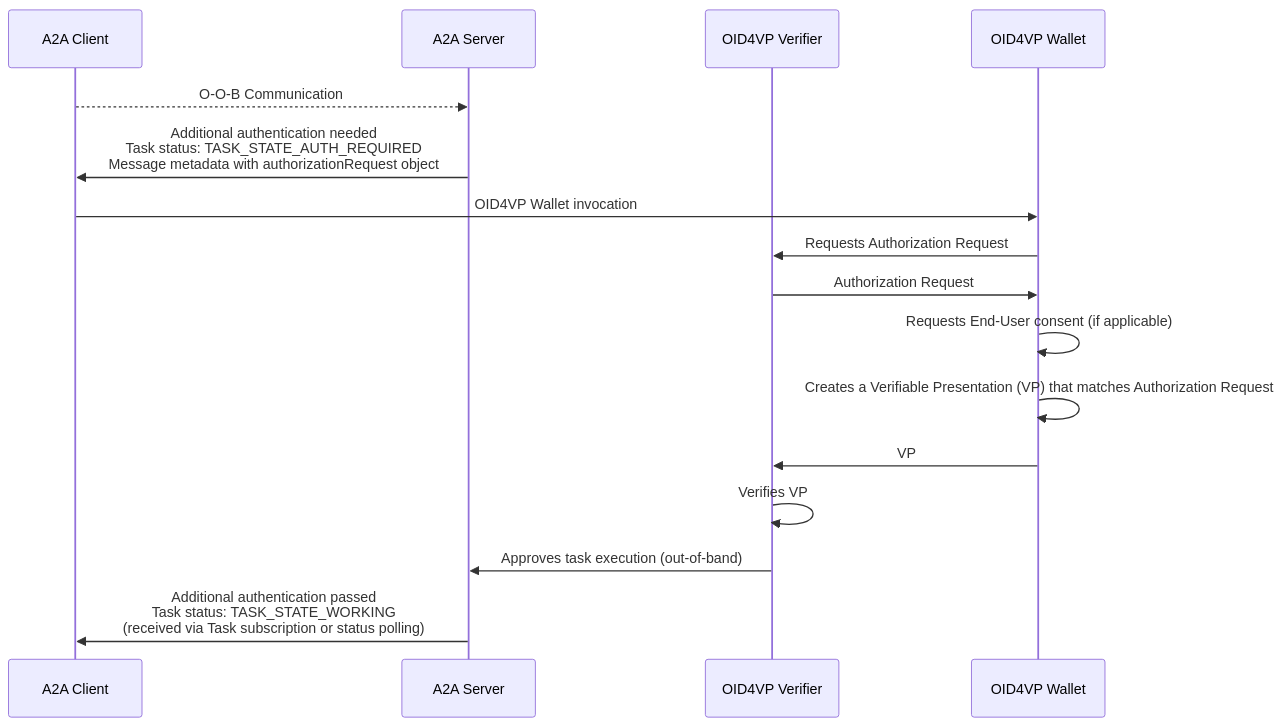
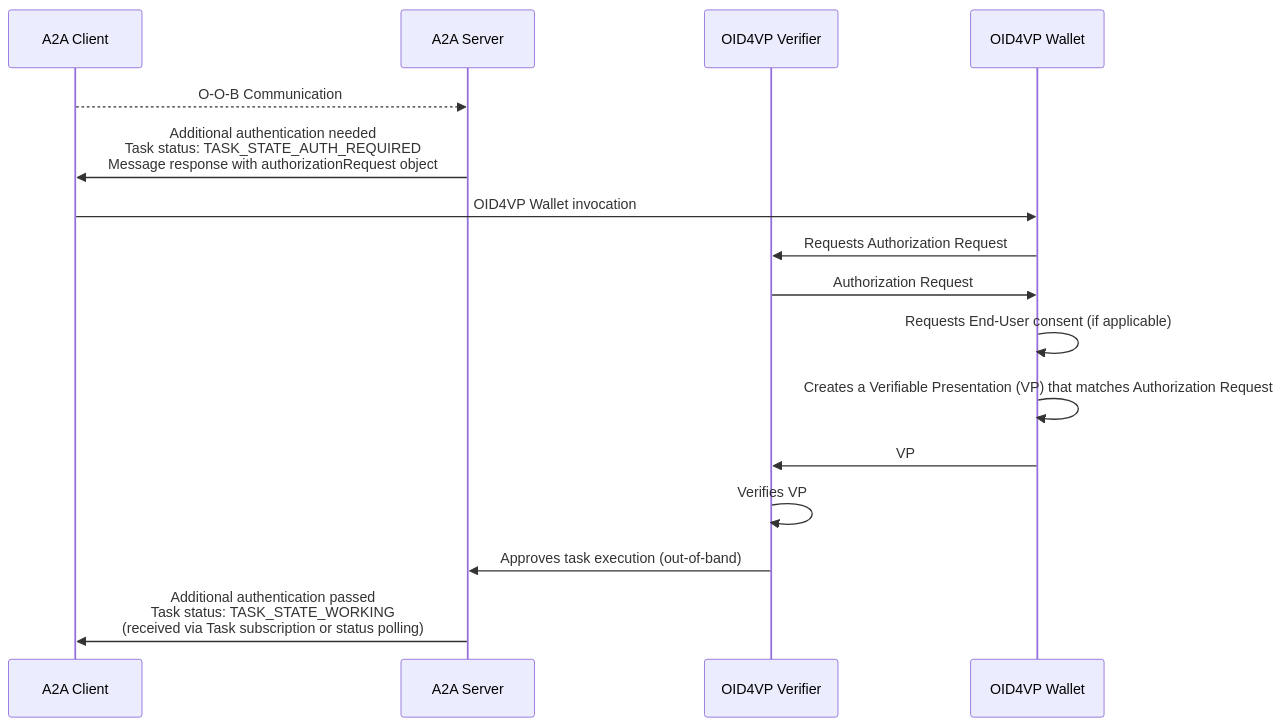
Before and after one commit to DSRCorporation/a2a-oid4vp-in-task-auth-extension: the diagram in v1/spec.md, drawn with Mermaid.

Commit message:
Clarify message vs message response

````diff
--- a/v1/spec.md
+++ b/v1/spec.md
@@ -20,19 +20,19 @@
 ```mermaid
 sequenceDiagram
     participant C as A2A Client 
     participant S as A2A Server 
     participant V as OID4VP Verifier 
     participant W as OID4VP Wallet
     
     C -->> S: O-O-B Communication 
-    S ->> C: Additional authentication needed<br/>Task status: TASK_STATE_AUTH_REQUIRED<br/>Message metadata with authorizationRequest object
+    S ->> C: Additional authentication needed<br/>Task status: TASK_STATE_AUTH_REQUIRED<br/>Message response with authorizationRequest object
     C ->> W: OID4VP Wallet invocation
     W ->> V: Requests Authorization Request 
     V ->> W: Authorization Request
     W ->> W: Requests End-User consent (if applicable)
     W ->> W: Creates a Verifiable Presentation (VP) that matches Authorization Request
     W ->> V: VP
     V ->> V: Verifies VP
     V ->> S: Approves task execution (out-of-band)
     S ->> C: Additional authentication passed<br/>Task status: TASK_STATE_WORKING<br/>(received via Task subscription or status polling)
 ```
````
